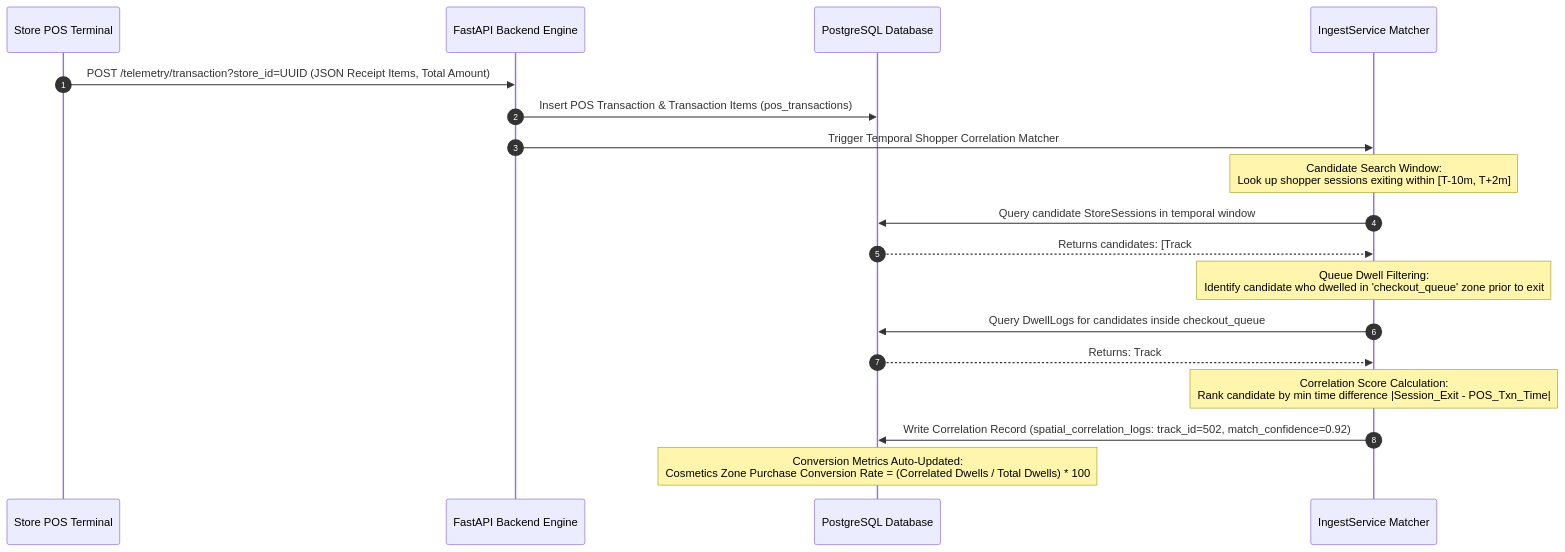
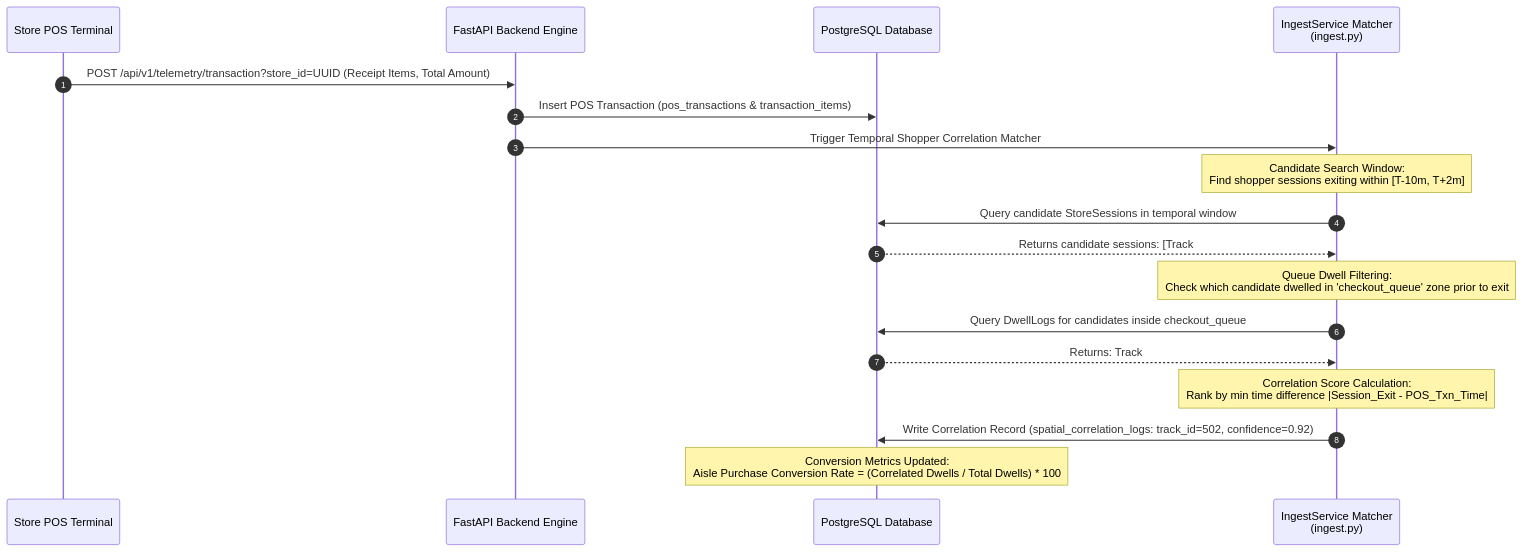
The third of 5 diagrams in DESIGN.md (akash012345678/AI-Store-Intelligence), drawn with Mermaid before and after one commit. The commit also changed other lines of this file, not shown here.

````diff
--- a/DESIGN.md
+++ b/DESIGN.md
@@ -160,24 +227,24 @@
 ```mermaid
 sequenceDiagram
     autonumber
     participant POS as Store POS Terminal
     participant API as FastAPI Backend Engine
     participant DB as PostgreSQL Database
-    participant Ingest as IngestService Matcher
+    participant Ingest as IngestService Matcher<br/>(ingest.py)
 
-    POS->>API: POST /telemetry/transaction?store_id=UUID (JSON Receipt Items, Total Amount)
-    API->>DB: Insert POS Transaction & Transaction Items (pos_transactions)
+    POS->>API: POST /api/v1/telemetry/transaction?store_id=UUID (Receipt Items, Total Amount)
+    API->>DB: Insert POS Transaction (pos_transactions & transaction_items)
     API->>Ingest: Trigger Temporal Shopper Correlation Matcher
-
-    Note over Ingest: Candidate Search Window:<br/>Look up shopper sessions exiting within [T-10m, T+2m]
+    
+    Note over Ingest: Candidate Search Window:<br/>Find shopper sessions exiting within [T-10m, T+2m]
     Ingest->>DB: Query candidate StoreSessions in temporal window
-    DB-->>Ingest: Returns candidates: [Track #502, Track #505]
-
-    Note over Ingest: Queue Dwell Filtering:<br/>Identify candidate who dwelled in 'checkout_queue' zone prior to exit
+    DB-->>Ingest: Returns candidate sessions: [Track #502, Track #505]
+    
+    Note over Ingest: Queue Dwell Filtering:<br/>Check which candidate dwelled in 'checkout_queue' zone prior to exit
     Ingest->>DB: Query DwellLogs for candidates inside checkout_queue
     DB-->>Ingest: Returns: Track #502 dwelled 120s in checkout_queue
-
-    Note over Ingest: Correlation Score Calculation:<br/>Rank candidate by min time difference |Session_Exit - POS_Txn_Time|
-    Ingest->>DB: Write Correlation Record (spatial_correlation_logs: track_id=502, match_confidence=0.92)
-    Note over DB: Conversion Metrics Auto-Updated:<br/>Cosmetics Zone Purchase Conversion Rate = (Correlated Dwells / Total Dwells) * 100
+    
+    Note over Ingest: Correlation Score Calculation:<br/>Rank by min time difference |Session_Exit - POS_Txn_Time|
+    Ingest->>DB: Write Correlation Record (spatial_correlation_logs: track_id=502, confidence=0.92)
+    Note over DB: Conversion Metrics Updated:<br/>Aisle Purchase Conversion Rate = (Correlated Dwells / Total Dwells) * 100
 ```
````
